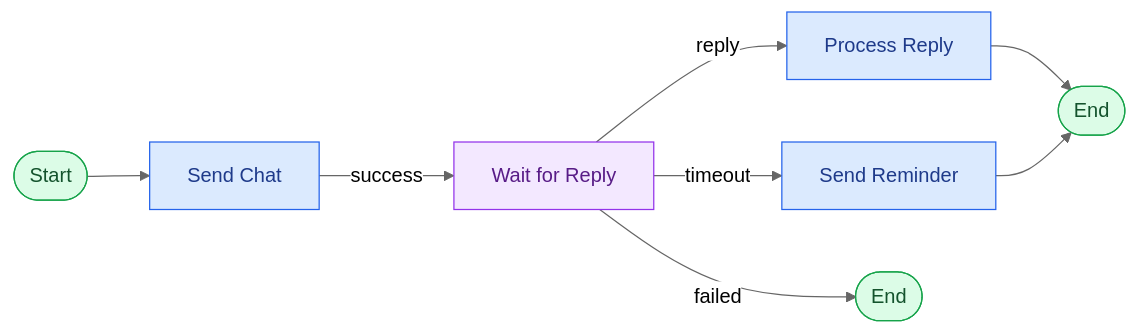
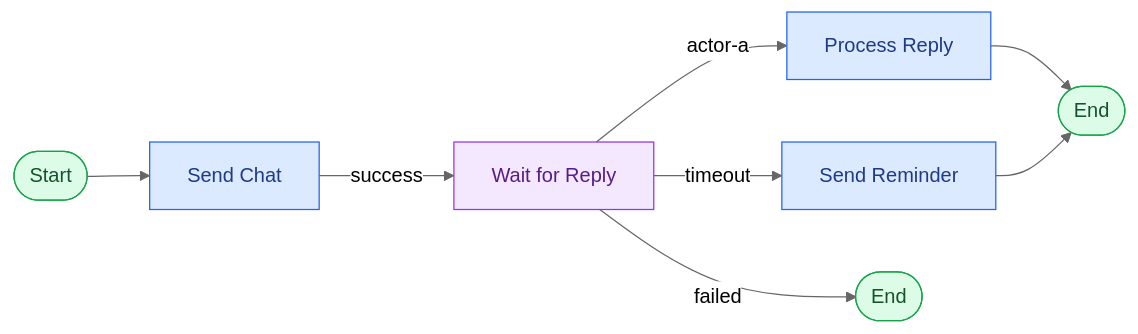
Before and after one commit to Nazyli/simflow-web: the second of 4 diagrams in public/documentation/32-contoh-workflow.md, drawn with Mermaid (neutral theme). The commit also changed other lines of this file and 8 other files, not shown here.

````diff
--- a/public/documentation/32-contoh-workflow.md
+++ b/public/documentation/32-contoh-workflow.md
@@ -22,16 +22,16 @@
 ```mermaid
 flowchart LR
     A([Start]) --> B[Send Chat]
     B -->|success| C[Wait for Reply]
-    C -->|reply| D[Process Reply]
+    C -->|actor-a| D[Process Reply]
     C -->|timeout| E[Send Reminder]
     C -->|failed| F([End])
     D --> G([End])
     E --> G
     classDef action fill:#dbeafe,stroke:#2563eb,color:#1e3a8a
     classDef wait fill:#f3e8ff,stroke:#9333ea,color:#581c87
     classDef terminal fill:#dcfce7,stroke:#16a34a,color:#14532d
     class A,F,G terminal
     class B,D,E action
     class C wait
 ```
````
